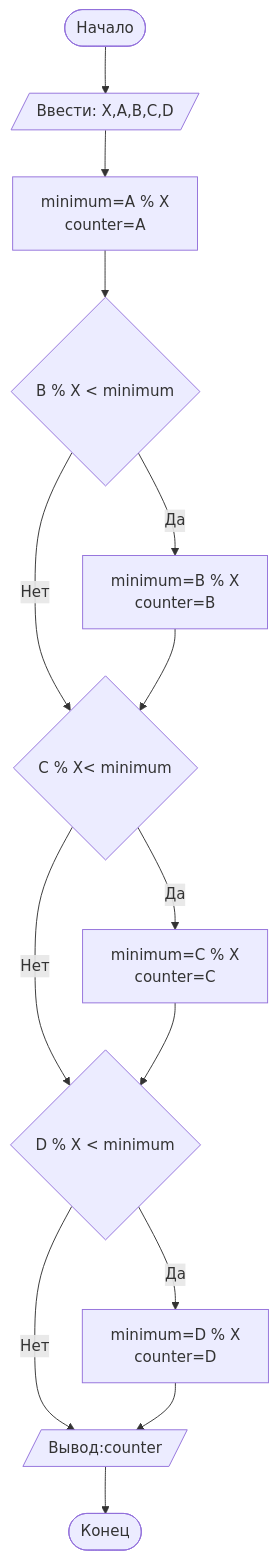
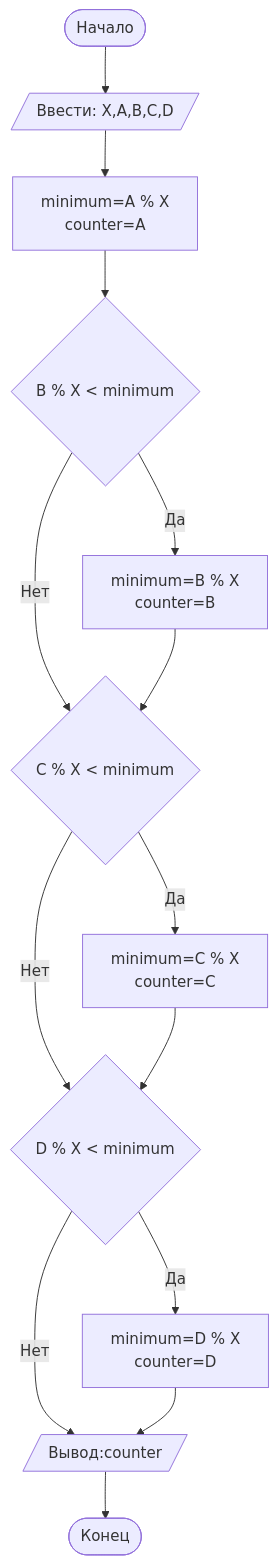
One commit to ArseniyPM/README.md changed the diagram in README.md. Above: the diagram before and after it, drawn with Mermaid.

````diff
--- a/README.md
+++ b/README.md
@@ -93,16 +93,16 @@
 ```mermaid
 graph TD
     A([Начало]) --> B[/Ввести: X,A,B,C,D/]
     B --> C[minimum=A % X<br/> counter=A]
     C --> D{B % X < minimum}
     D -- Да --> E[minimum=B % X <br/> counter=B]
-    D -- Нет --> F{C % X< minimum}
+    D -- Нет --> F{C % X < minimum}
     E --> F
     F -- Да --> G[minimum=C % X <br/> counter=C]
     F -- Нет --> H{D % X < minimum}
     G --> H
     H -- Да --> I[minimum=D % X <br/> counter=D]
     H -- Нет --> J[/Вывод:counter/]
     I --> J
     J --> K([Конец])
 ```
````
